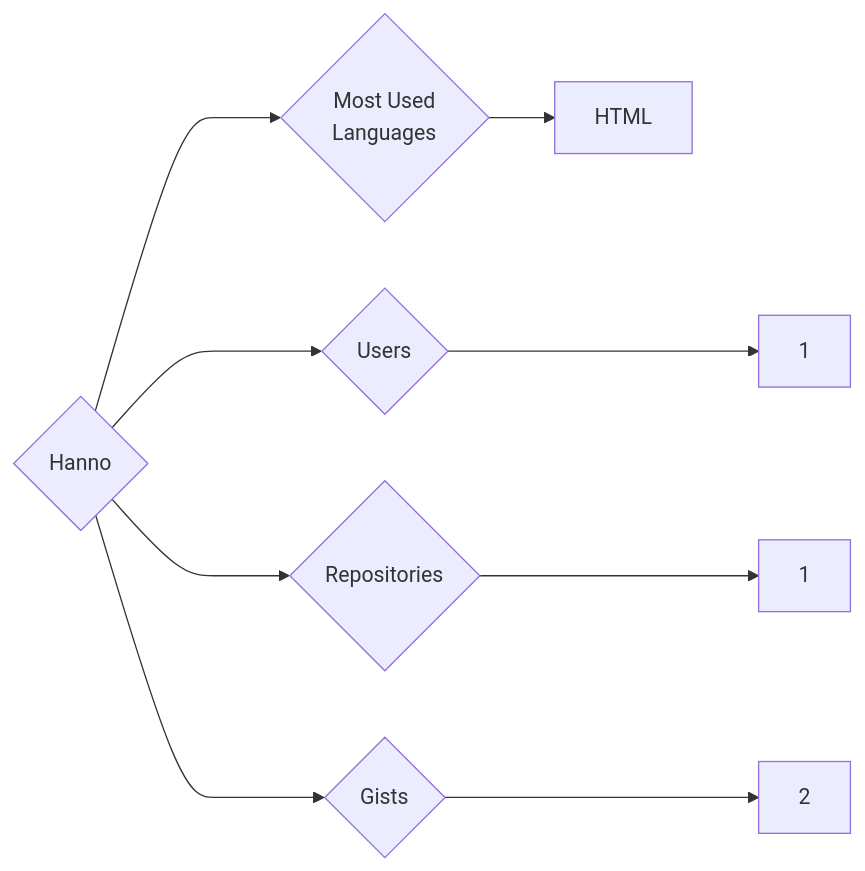
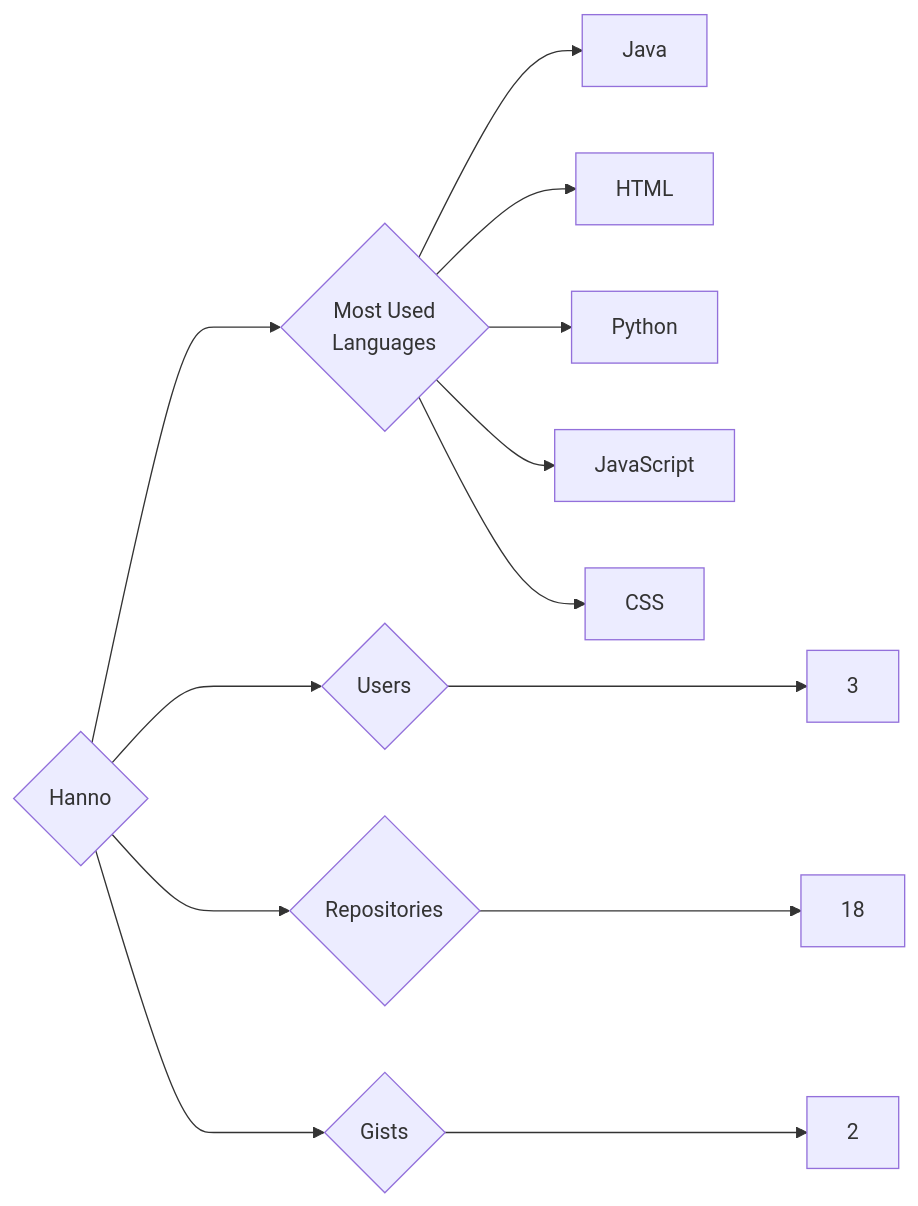
The diagram in targets/Hanno/README.md (trickest/insiders), drawn with Mermaid before and after one commit. The commit also changed 714 other files, not shown here.

````diff
--- a/targets/Hanno/README.md
+++ b/targets/Hanno/README.md
@@ -3,9 +3,13 @@
 ```mermaid
 graph LR
 COMPANY_NAME{Hanno}
-COMPANY_NAME ---> U{Users} ---> UN[1]
-COMPANY_NAME ---> R{Repositories} ---> RN[1]
+COMPANY_NAME ---> U{Users} ---> UN[3]
+COMPANY_NAME ---> R{Repositories} ---> RN[18]
 COMPANY_NAME ---> G{Gists} ---> GN[2]
 COMPANY_NAME ---> ML{Most Used<br>Languages}
+ML --> Java[Java]
 ML --> HTML[HTML]
+ML --> Python[Python]
+ML --> JavaScript[JavaScript]
+ML --> CSS[CSS]
 ```
````
